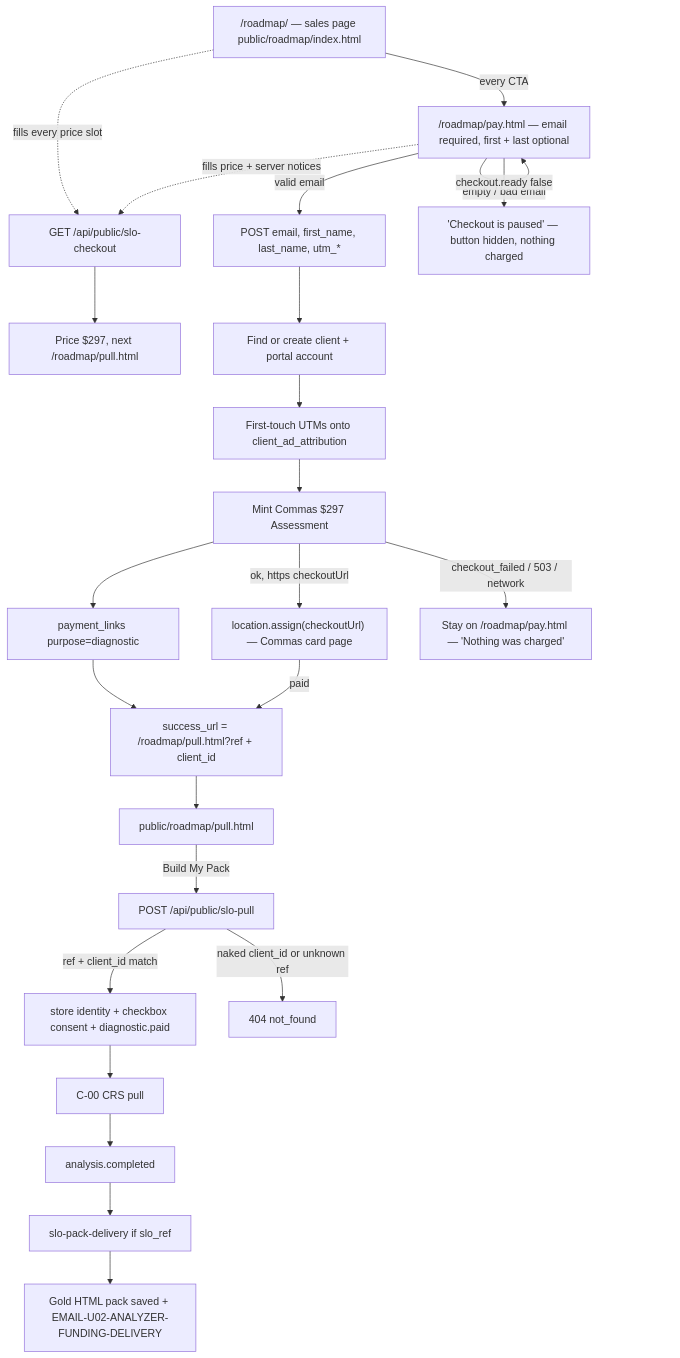
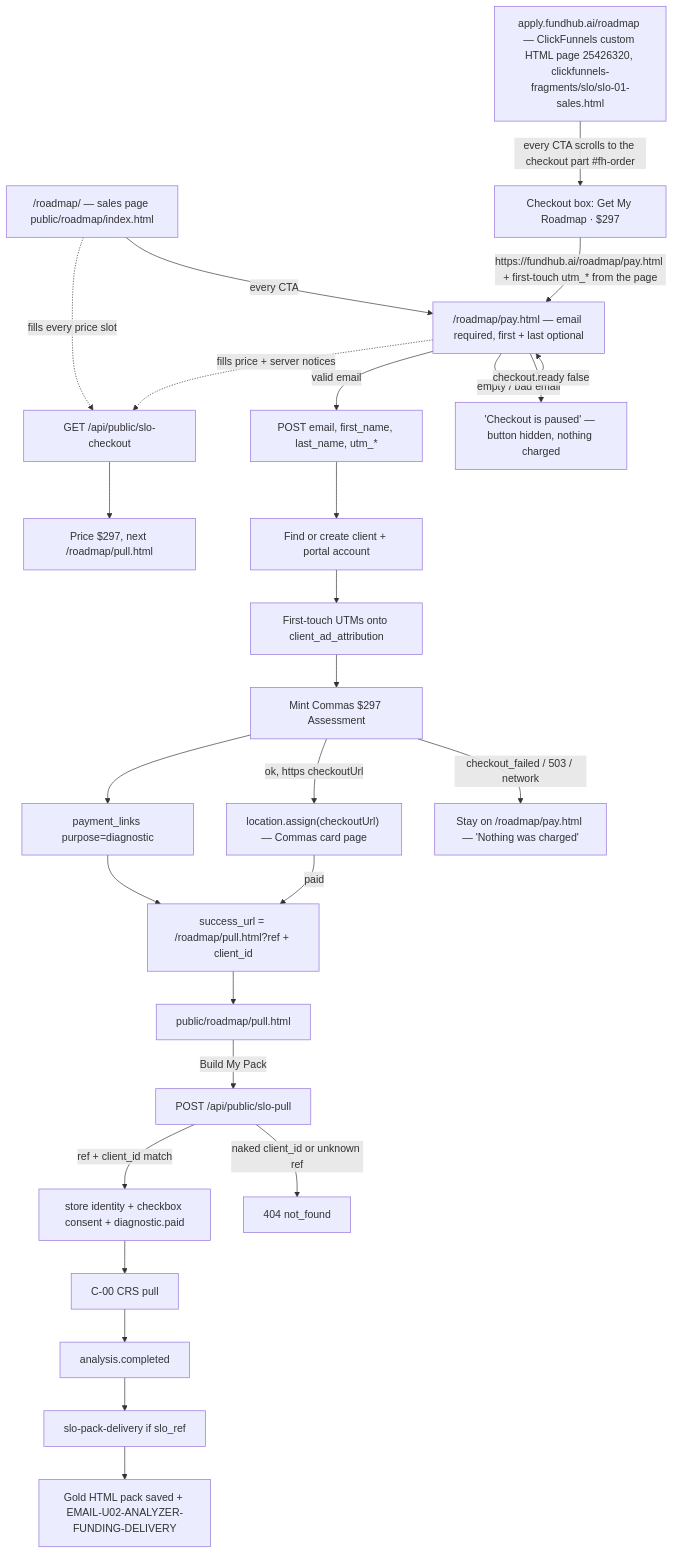
One commit to ZootimusMaximusSupreme/Fundhub_ai changed the diagram in docs/journeys/slo-offer-actual.md. Above: the diagram before and after it, drawn with Mermaid. The commit also changed other lines of this file and 28 other files, not shown here.

First line of the commit message:
Put 18 real card approvals in a shuffle deck in the /roadmap Community box.

````diff
--- a/docs/journeys/slo-offer-actual.md
+++ b/docs/journeys/slo-offer-actual.md
@@ -9,26 +9,28 @@
 ```mermaid
 flowchart TD
   S["/roadmap/ — sales page public/roadmap/index.html"] -->|every CTA| P["/roadmap/pay.html — email required, first + last optional"]
+  CF["apply.fundhub.ai/roadmap — ClickFunnels custom HTML page 25426320, clickfunnels-fragments/slo/slo-01-sales.html"] -->|"every CTA scrolls to the checkout part #fh-order"| CFB["Checkout box: Get My Roadmap · $297"]
+  CFB -->|"https://fundhub.ai/roadmap/pay.html + first-touch utm_* from the page"| P
   S -. fills every price slot .-> A
   P -. fills price + server notices .-> A
   A["GET /api/public/slo-checkout"] --> B["Price $297, next /roadmap/pull.html"]
   P -->|"valid email"| C
   P -->|"empty / bad email"| P
   P -->|"checkout.ready false"| PAUSE["'Checkout is paused' — button hidden, nothing charged"]
   C["POST email, first_name, last_name, utm_*"] --> D["Find or create client + portal account"]
   D --> ATTR["First-touch UTMs onto client_ad_attribution"]
   ATTR --> E["Mint Commas $297 Assessment"]
   E --> F["payment_links purpose=diagnostic"]
   F --> G["success_url = /roadmap/pull.html?ref + client_id"]
   E -->|"ok, https checkoutUrl"| CARD["location.assign(checkoutUrl) — Commas card page"]
   E -->|"checkout_failed / 503 / network"| PFAIL["Stay on /roadmap/pay.html — 'Nothing was charged'"]
   CARD -->|paid| G
   G --> H["public/roadmap/pull.html"]
   H -->|"Build My Pack"| I["POST /api/public/slo-pull"]
   I -->|"ref + client_id match"| J["store identity + checkbox consent + diagnostic.paid"]
   I -->|"naked client_id or unknown ref"| K["404 not_found"]
   J --> L["C-00 CRS pull"]
   L --> M["analysis.completed"]
   M --> N["slo-pack-delivery if slo_ref"]
   N --> O["Gold HTML pack saved + EMAIL-U02-ANALYZER-FUNDING-DELIVERY"]
 ```
````
